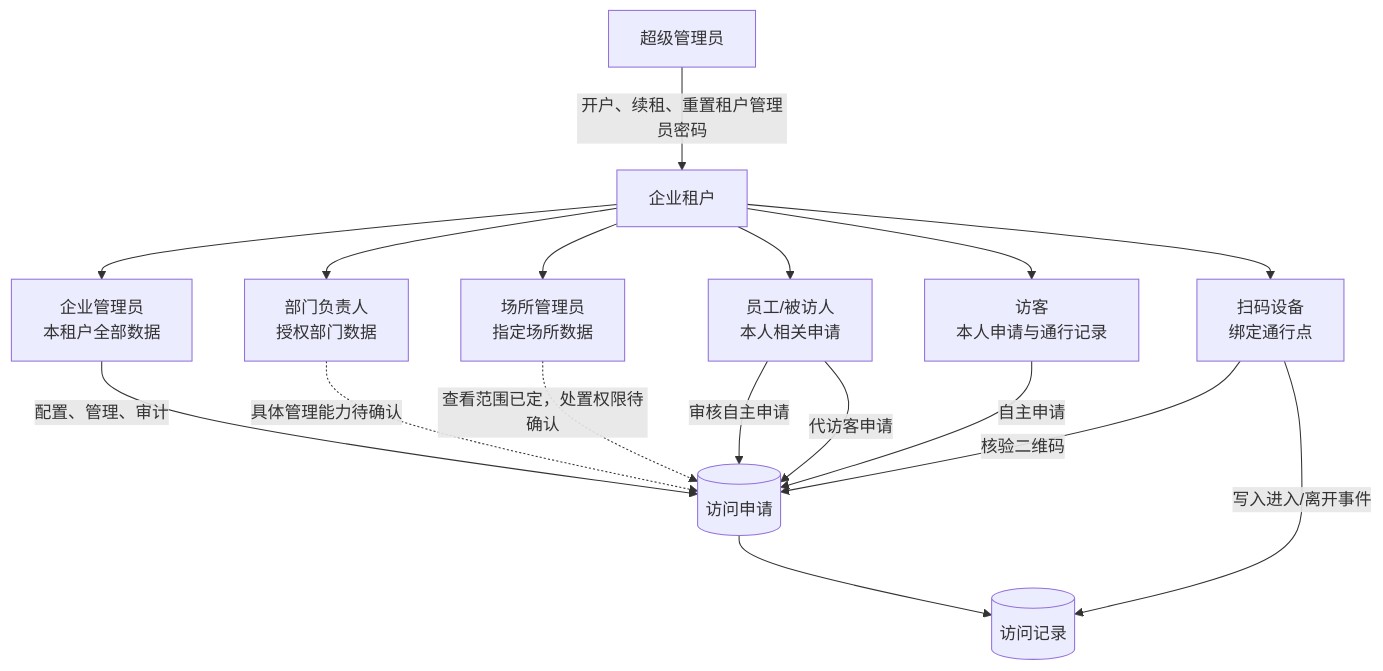
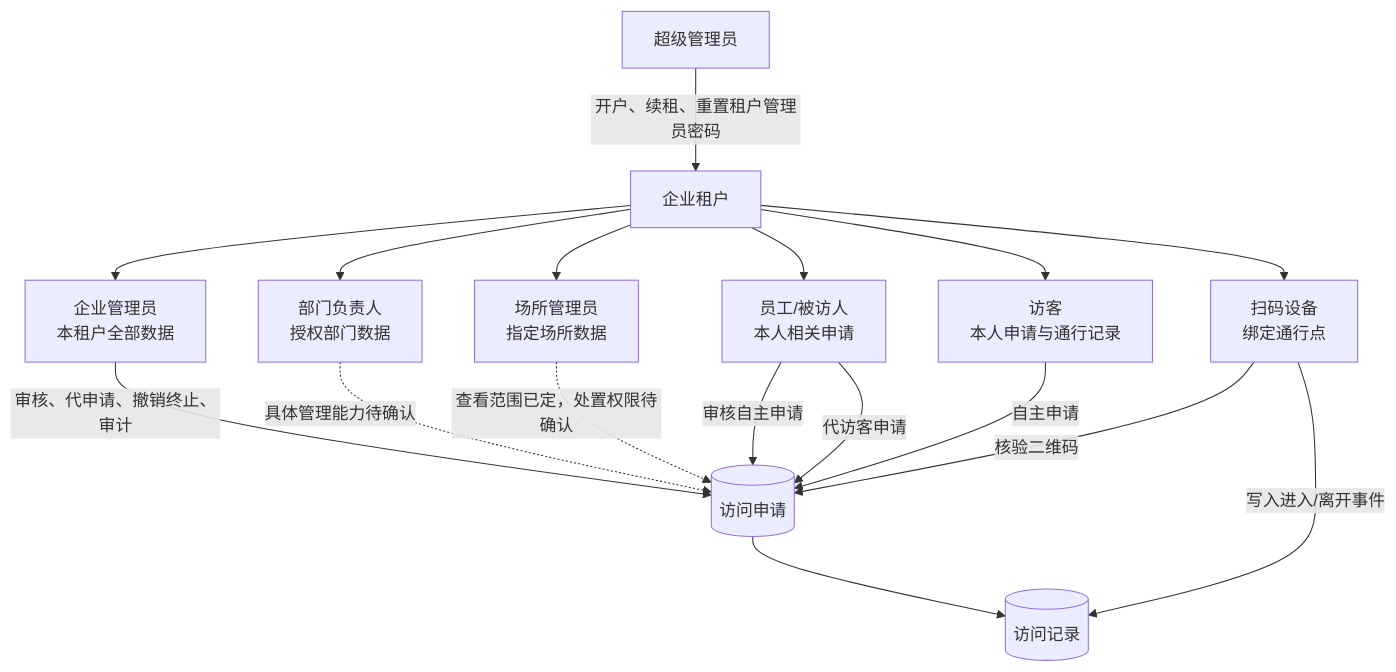
Before and after one commit to tangxiaochen755-droid/visitor-phase1-visual-blue: the first of 5 diagrams in docs/研发交付简版.md, drawn with Mermaid. The commit also changed other lines of this file and 26 other files, not shown here.

````diff
--- a/docs/研发交付简版.md
+++ b/docs/研发交付简版.md
@@ -24,19 +24,19 @@
 ```mermaid
 flowchart TB
   P[超级管理员] -->|开户、续租、重置租户管理员密码| T[企业租户]
   T --> A[企业管理员<br/>本租户全部数据]
   T --> M[部门负责人<br/>授权部门数据]
   T --> O[场所管理员<br/>指定场所数据]
   T --> H[员工/被访人<br/>本人相关申请]
   T --> V[访客<br/>本人申请与通行记录]
   T --> D[扫码设备<br/>绑定通行点]
   V -->|自主申请| APP[(访问申请)]
   H -->|审核自主申请| APP
   H -->|代访客申请| APP
-  A -->|配置、管理、审计| APP
+  A -->|审核、代申请、撤销终止、审计| APP
   M -.->|具体管理能力待确认| APP
   O -.->|查看范围已定，处置权限待确认| APP
   D -->|核验二维码| APP
   D -->|写入进入/离开事件| EVT[(访问记录)]
   APP --> EVT
 ```
````
